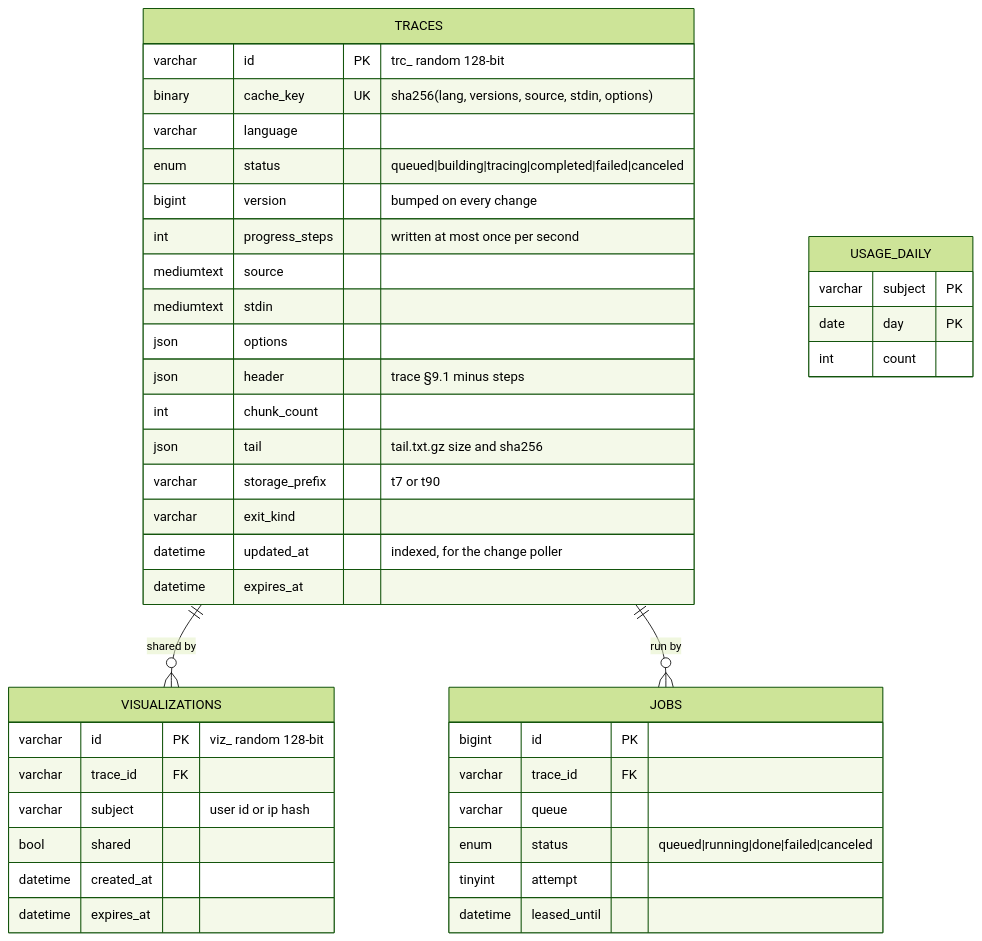
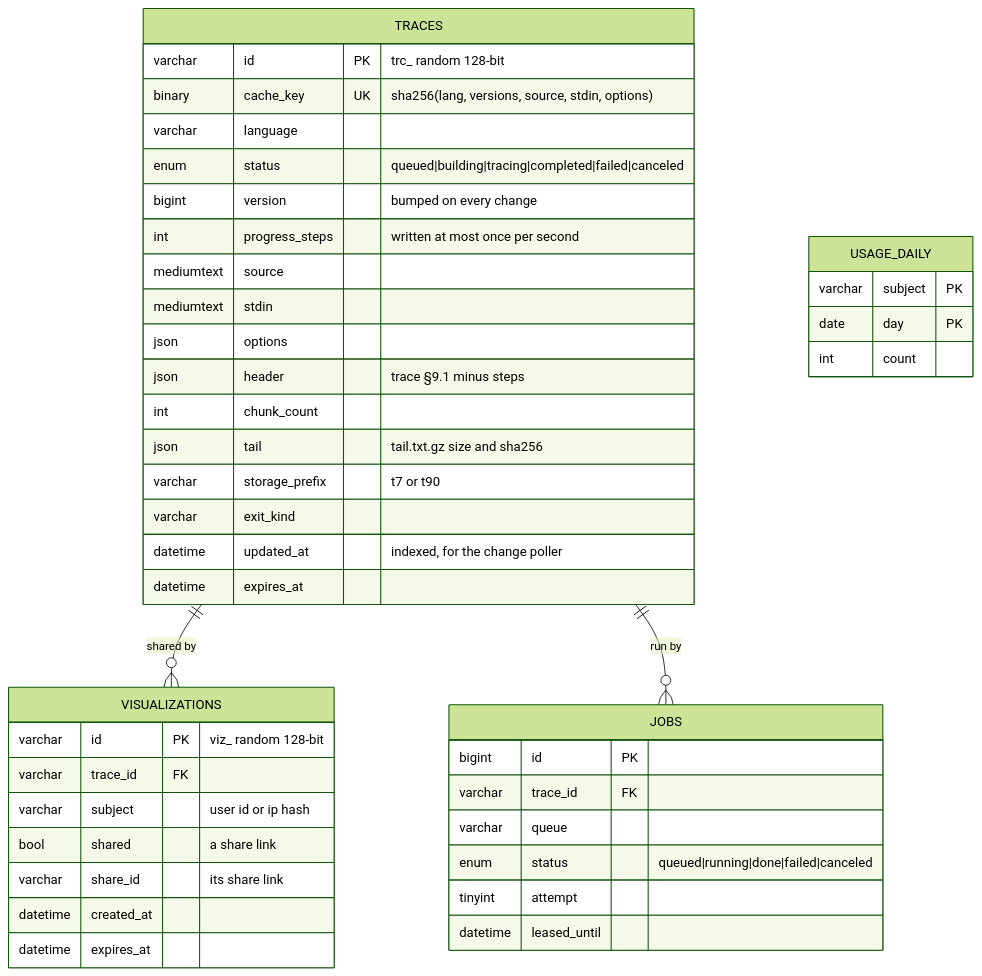
One commit to tu-hm/code-viz changed the third of 6 diagrams in plans/code-visualizer-spec_2.md. Above: the diagram before and after it, drawn with Mermaid (forest theme). The commit also changed other lines of this file and 7 other files, not shown here.

````diff
--- a/plans/code-visualizer-spec_2.md
+++ b/plans/code-visualizer-spec_2.md
@@ -655,44 +656,45 @@
 ```mermaid
 erDiagram
   TRACES ||--o{ VISUALIZATIONS : "shared by"
   TRACES ||--o{ JOBS : "run by"
   TRACES {
     varchar id PK "trc_ random 128-bit"
     binary cache_key UK "sha256(lang, versions, source, stdin, options)"
     varchar language
     enum status "queued|building|tracing|completed|failed|canceled"
     bigint version "bumped on every change"
     int progress_steps "written at most once per second"
     mediumtext source
     mediumtext stdin
     json options
     json header "trace §9.1 minus steps"
     int chunk_count
     json tail "tail.txt.gz size and sha256"
     varchar storage_prefix "t7 or t90"
     varchar exit_kind
     datetime updated_at "indexed, for the change poller"
     datetime expires_at
   }
   VISUALIZATIONS {
     varchar id PK "viz_ random 128-bit"
     varchar trace_id FK
     varchar subject "user id or ip hash"
-    bool shared
+    bool shared "a share link"
+    varchar share_id "its share link"
     datetime created_at
     datetime expires_at
   }
   JOBS {
     bigint id PK
     varchar trace_id FK
     varchar queue
     enum status "queued|running|done|failed|canceled"
     tinyint attempt
     datetime leased_until
   }
   USAGE_DAILY {
     varchar subject PK
     date day PK
     int count
   }
 ```
````
